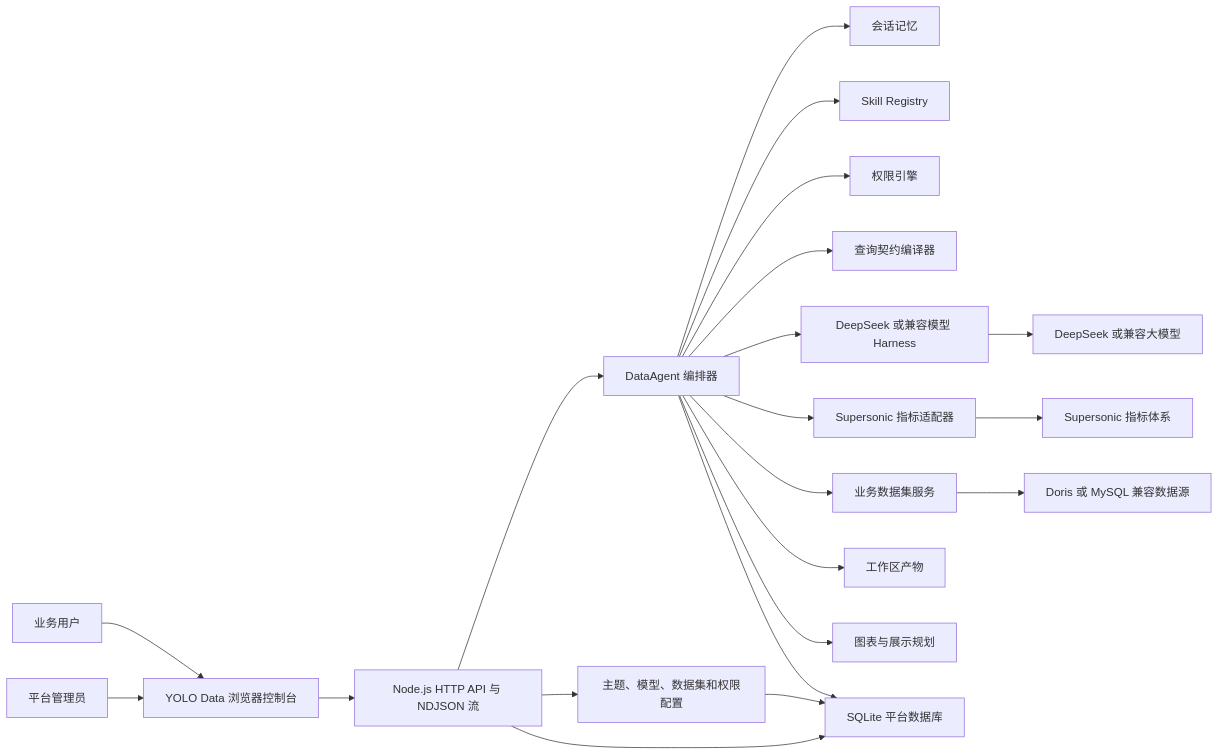
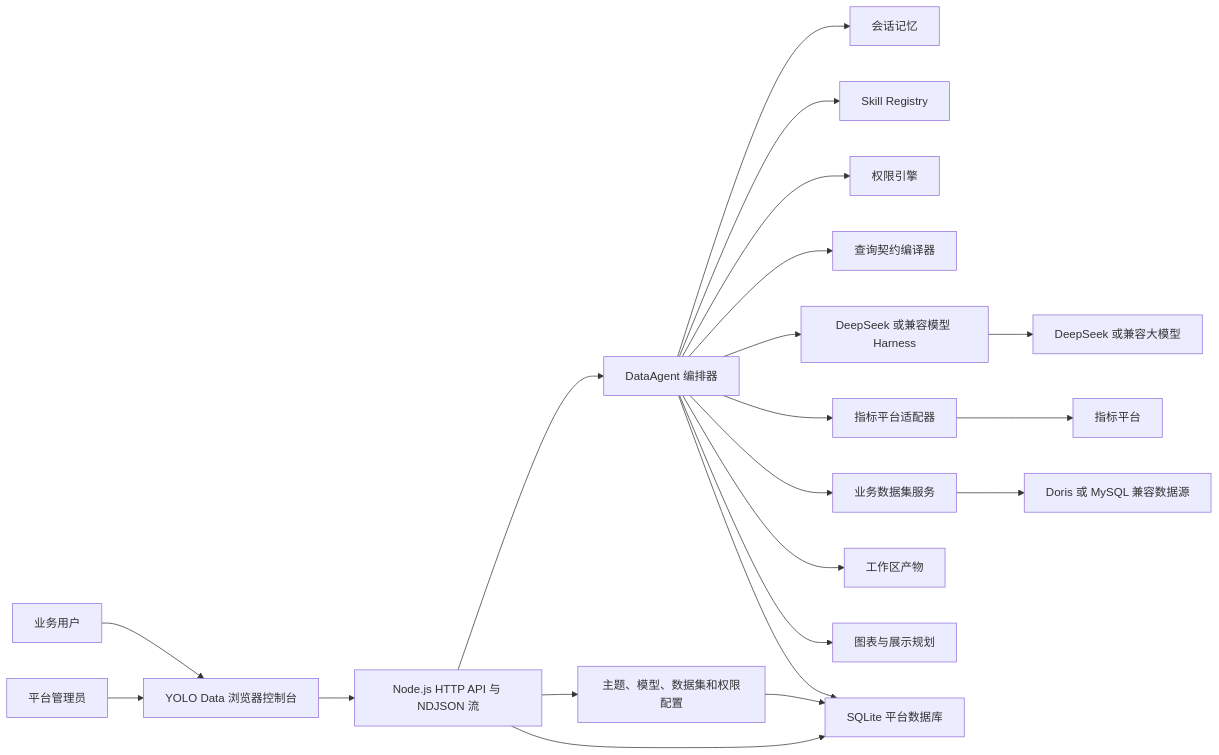
Before and after one commit to xiaour/yolo-data: the first of 2 diagrams in README.md, drawn with Mermaid. The commit also changed other lines of this file, not shown here.

First line of the commit message:
docs: README 去掉 Supersonic 字样并精简截图

````diff
--- a/README.md
+++ b/README.md
@@ -68,26 +61,26 @@
 ```mermaid
 flowchart LR
   USER["业务用户"] --> UI["YOLO Data 浏览器控制台"]
   ADMIN["平台管理员"] --> UI
 
   UI --> API["Node.js HTTP API 与 NDJSON 流"]
   API --> AGENT["DataAgent 编排器"]
   API --> CONFIG["主题、模型、数据集和权限配置"]
 
   AGENT --> MEMORY["会话记忆"]
   AGENT --> SKILL["Skill Registry"]
   AGENT --> POLICY["权限引擎"]
   AGENT --> CONTRACT["查询契约编译器"]
   AGENT --> HARNESS["DeepSeek 或兼容模型 Harness"]
-  AGENT --> INDICATOR["Supersonic 指标适配器"]
+  AGENT --> INDICATOR["指标平台适配器"]
   AGENT --> DATASET["业务数据集服务"]
   AGENT --> WORKSPACE["工作区产物"]
   AGENT --> VISUAL["图表与展示规划"]
 
   HARNESS --> LLM["DeepSeek 或兼容大模型"]
-  INDICATOR --> SUPERSONIC["Supersonic 指标体系"]
+  INDICATOR --> PLATFORM["指标平台"]
   DATASET --> DORIS["Doris 或 MySQL 兼容数据源"]
   API --> DB["SQLite 平台数据库"]
   AGENT --> DB
   CONFIG --> DB
 ```
````
